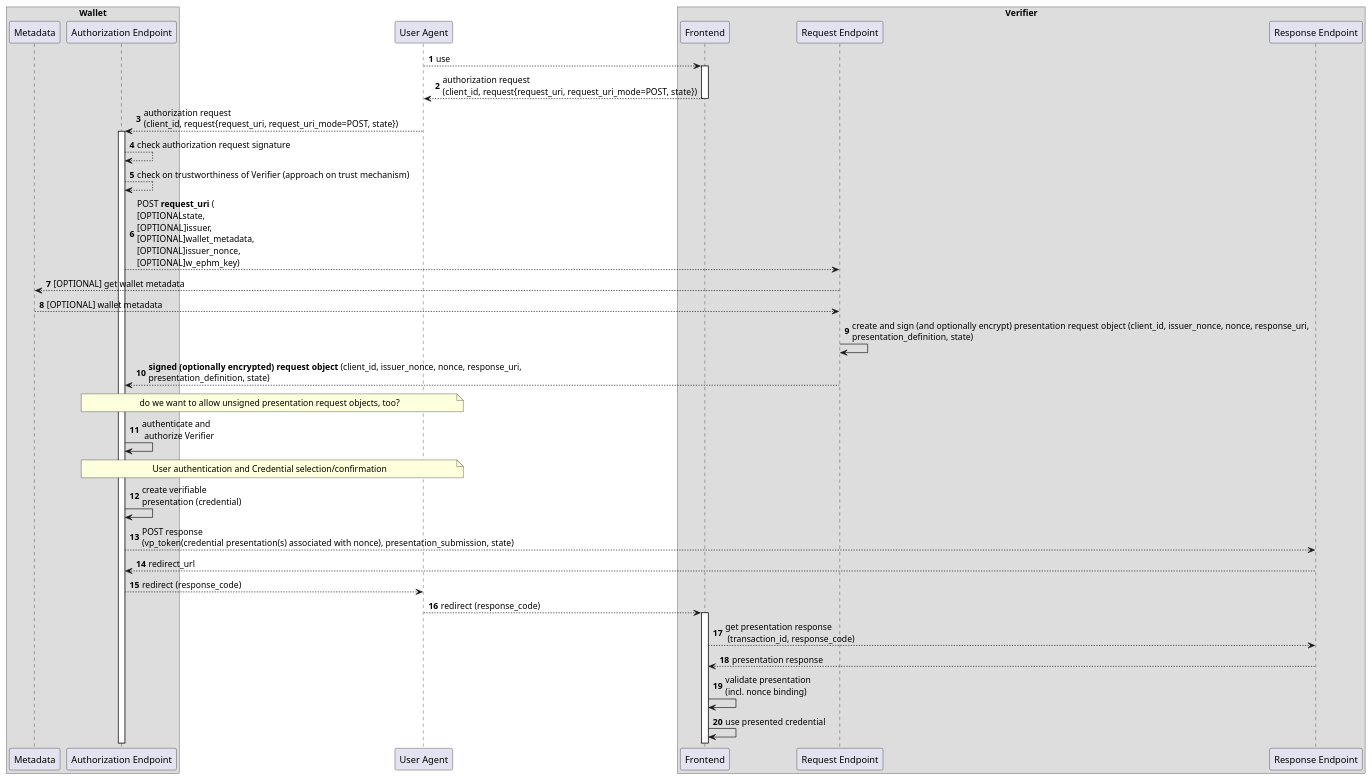
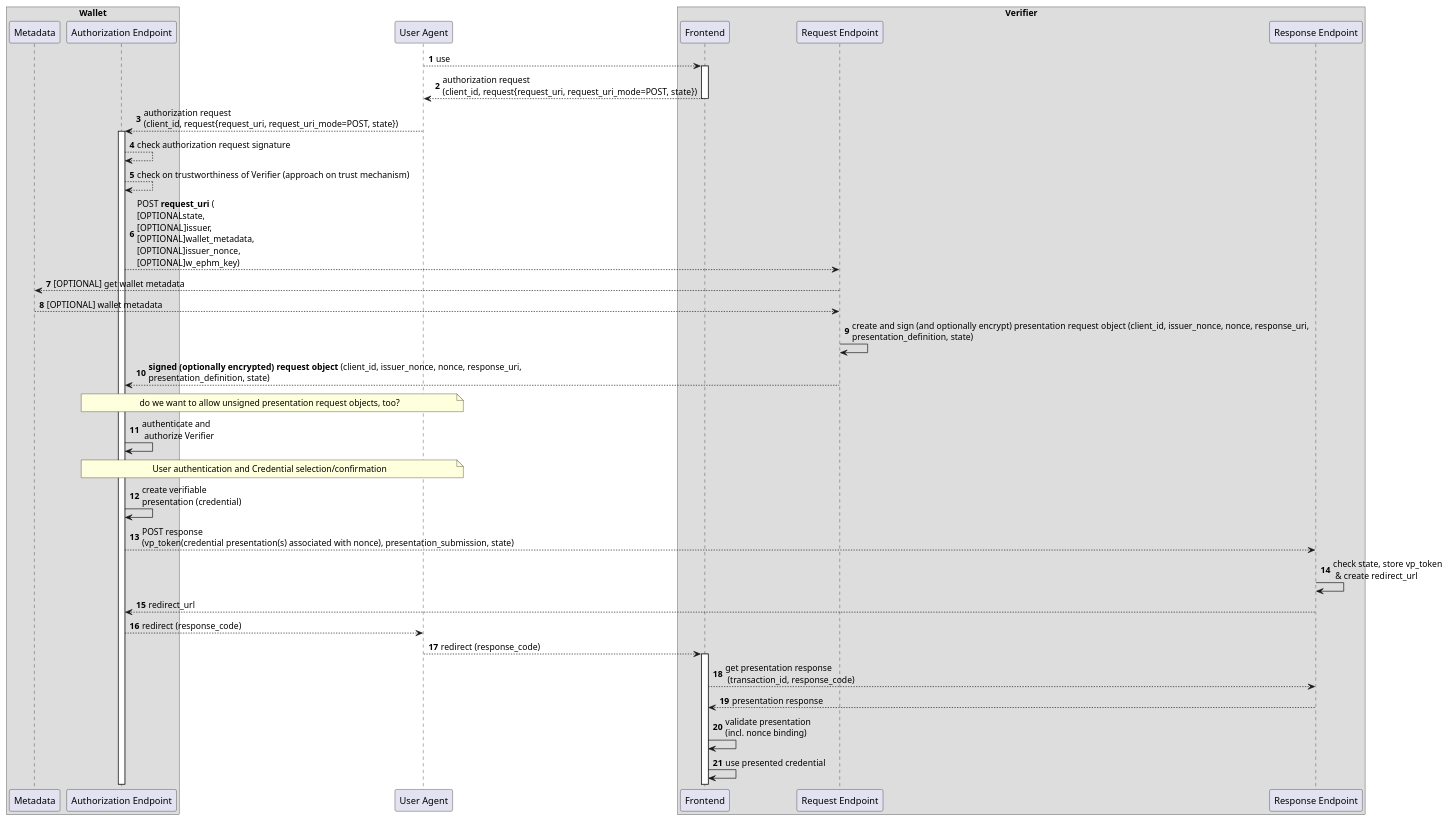
Before and after one commit to openid/OpenID4VP: the diagram in diagrams/request_uri_mode_post.md, drawn with PlantUML.

Commit message:
added internal processing at the verifier's response endpoint

````diff
--- a/diagrams/request_uri_mode_post.md
+++ b/diagrams/request_uri_mode_post.md
@@ -1,49 +1,50 @@
 ```plantuml
 @startuml
 
 autonumber
 
 box "Wallet"
 participant "Metadata" as wm
 participant "Authorization Endpoint" as w
 end box
 
 participant "User Agent" as u
 
 box "Verifier"
 participant "Frontend" as r
 participant "Request Endpoint" as rp
 participant "Response Endpoint" as rb
 end box
 
 u --> r : use
 activate r
 
 r --> u: authorization request\n(client_id, request{request_uri, request_uri_mode=POST, state})
 deactivate r
 u --> w: authorization request\n(client_id, request{request_uri, request_uri_mode=POST, state})
 activate w
 w --> w: check authorization request signature
 w --> w: check on trustworthiness of Verifier (approach on trust mechanism)
 w --> rp: POST **request_uri** (\n[OPTIONALstate,\n[OPTIONAL]issuer, \n[OPTIONAL]wallet_metadata, \n[OPTIONAL]issuer_nonce, \n[OPTIONAL]w_ephm_key)
 rp --> wm: [OPTIONAL] get wallet metadata
 wm --> rp: [OPTIONAL] wallet metadata
 rp -> rp: create and sign (and optionally encrypt) presentation request object (client_id, issuer_nonce, nonce, response_uri, \npresentation_definition, state)
 rp --> w: **signed (optionally encrypted) request object** (client_id, issuer_nonce, nonce, response_uri, \npresentation_definition, state)
 note over u, w: do we want to allow unsigned presentation request objects, too?
 w -> w: authenticate and\n authorize Verifier
 
 note over u, w: User authentication and Credential selection/confirmation
 
 w -> w: create verifiable\npresentation (credential)
 w --> rb: POST response \n(vp_token(credential presentation(s) associated with nonce), presentation_submission, state)
+rb -> rb: check state, store vp_token\n & create redirect_url
 rb --> w: redirect_url
 w --> u: redirect (response_code)
 u --> r: redirect (response_code)
 activate r
 r --> rb: get presentation response\n (transaction_id, response_code)
 rb --> r: presentation response
 r -> r: validate presentation \n(incl. nonce binding)
 r -> r: use presented credential 
 @enduml
 ```
````
